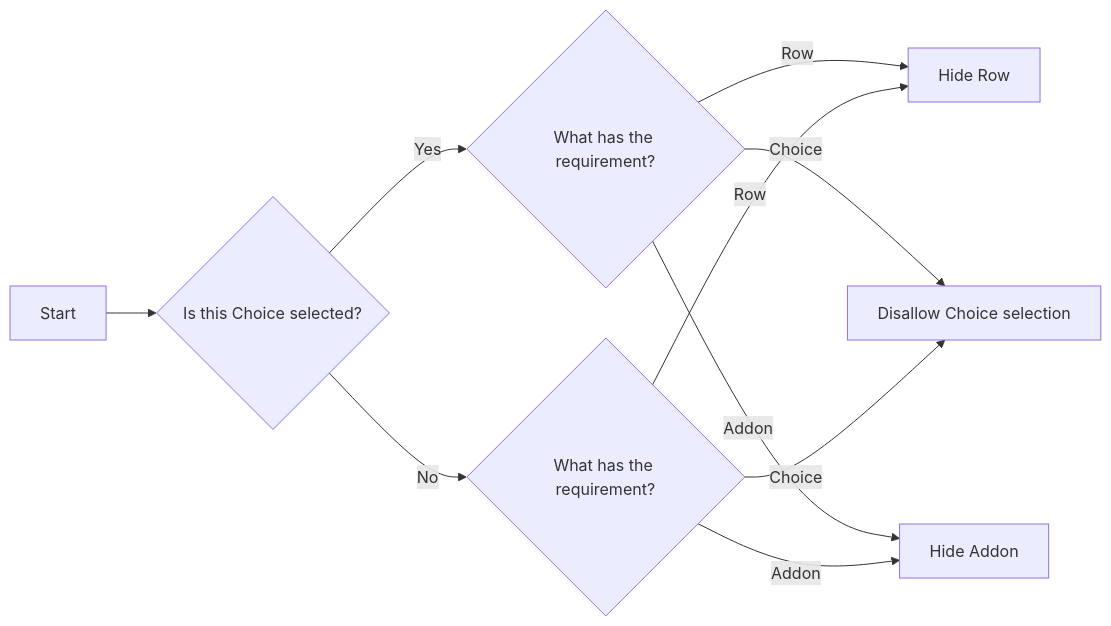
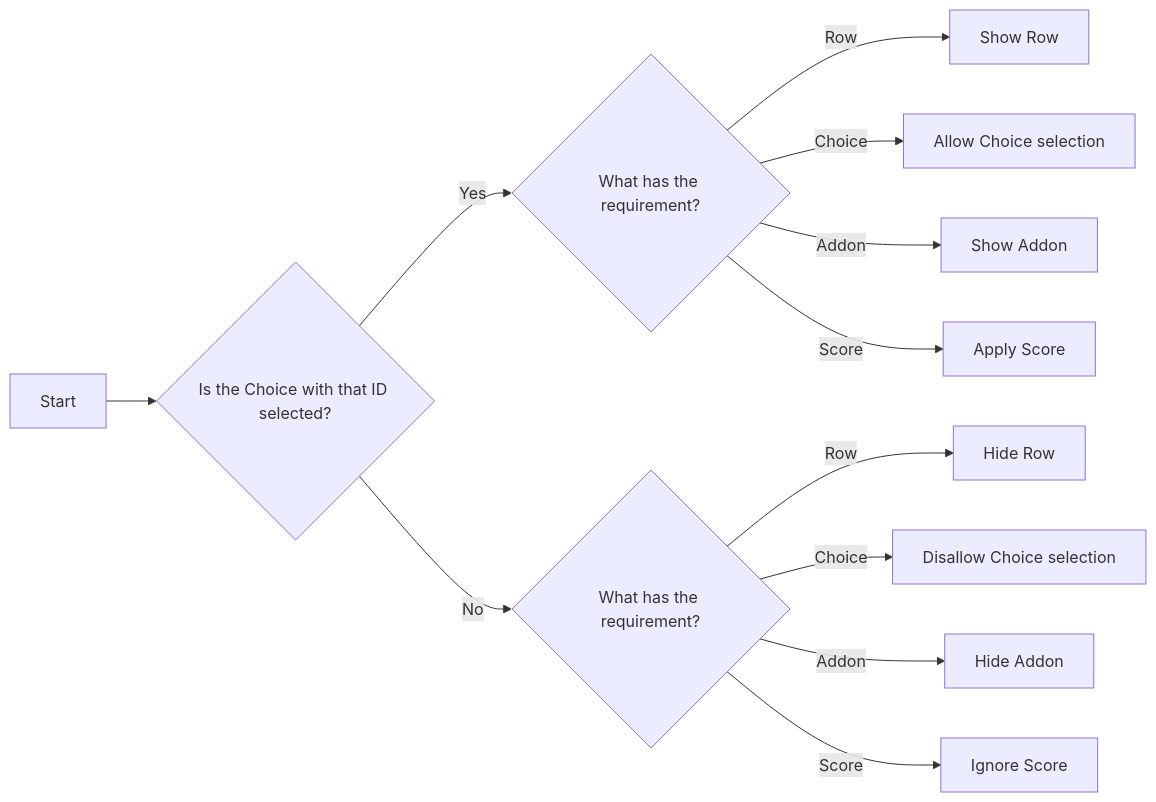
One commit to upasadena/interactive-cyoa-tutorial changed the first of 2 diagrams in docs/mechanics/ids-and-requirements.md. Above: the diagram before and after it, drawn with Mermaid. The commit also changed other lines of this file and 15 other files, not shown here.

````diff
--- a/docs/mechanics/ids-and-requirements.md
+++ b/docs/mechanics/ids-and-requirements.md
@@ -120,12 +120,14 @@
 ```mermaid
 graph LR
-    A[Start] --> B{Is this Choice selected?};
-    B --> |Yes| C{What has the requirement?};
-    C --> |Row| D[Show Row];
-    C --> |Choice| E[Allow Choice selection];
-    C --> |Addon| F[Show Addon];
-    B --> |No| G{What has the requirement?};
-    G --> |Row| D[Hide Row];
-    G --> |Choice| E[Disallow Choice selection];
-    G --> |Addon| F[Hide Addon];
+  A[Start] --> B{Is the Choice with that ID selected?};
+  B --> |Yes| C{What has the requirement?};
+  C --> |Row| D[Show Row];
+  C --> |Choice| E[Allow Choice selection];
+  C --> |Addon| F[Show Addon];
+  C --> |Score| K[Apply Score];
+  B --> |No| G{What has the requirement?};
+  G --> |Row| H[Hide Row];
+  G --> |Choice| I[Disallow Choice selection];
+  G --> |Addon| J[Hide Addon];
+  G --> |Score| L[Ignore Score];
 ```
````
